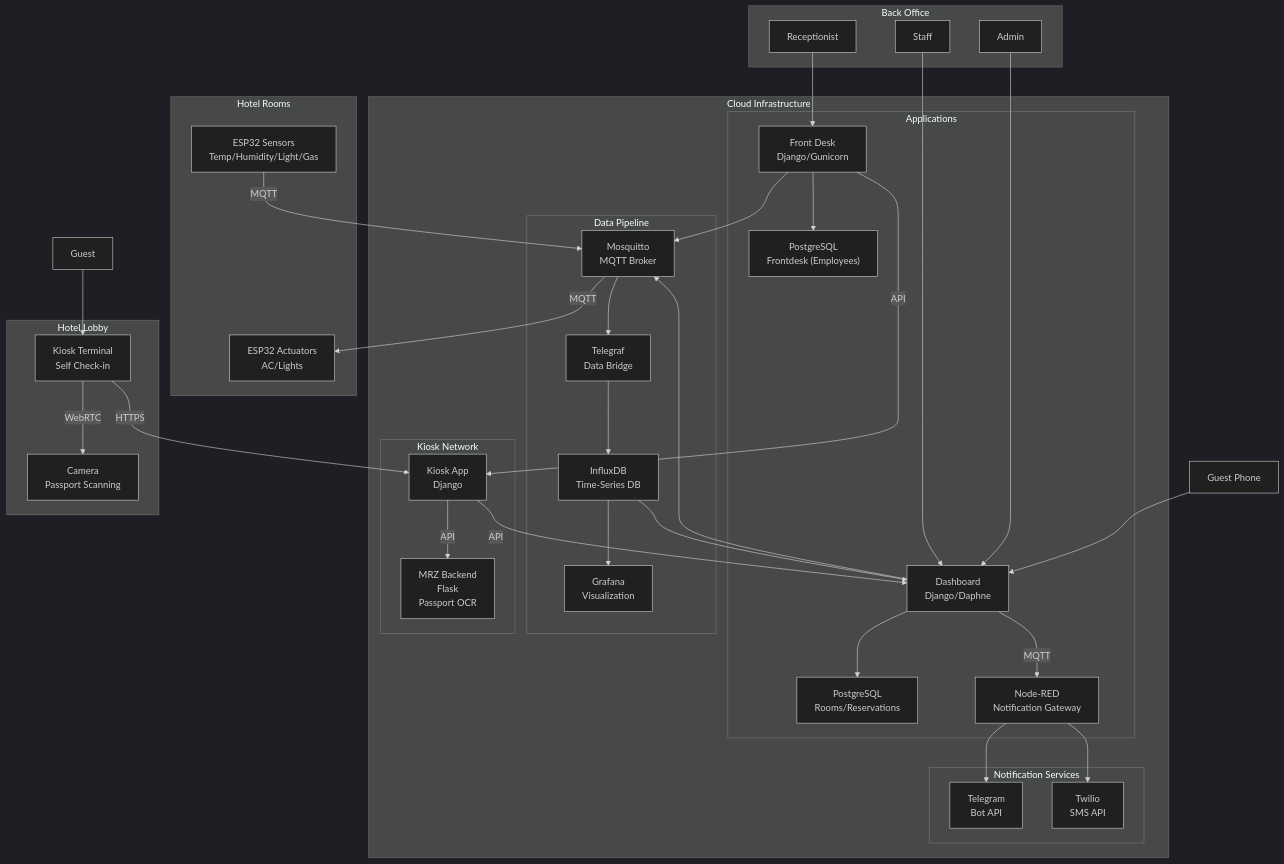
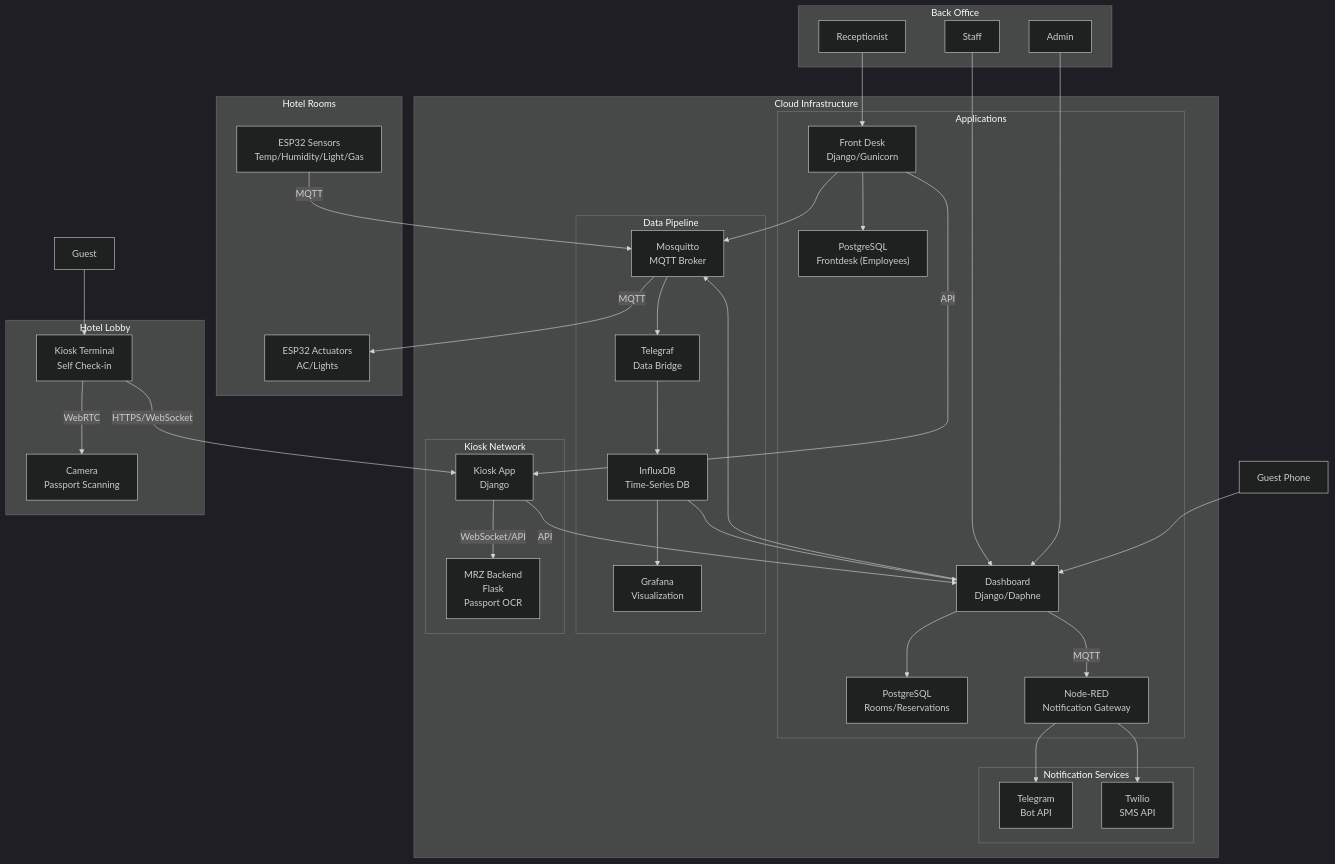
Before and after one commit to omarmx9/smart-hotel: the diagram in README.md, drawn with Mermaid (dark theme). The commit also changed other lines of this file and 22 other files, not shown here.

````diff
--- a/README.md
+++ b/README.md
@@ -48,73 +48,73 @@
 ```mermaid
 flowchart TB
     subgraph HOTEL_ROOMS["Hotel Rooms"]
         ESP32_SENSORS["ESP32 Sensors<br/>Temp/Humidity/Light/Gas"]
         ESP32_ACTUATORS["ESP32 Actuators<br/>AC/Lights"]
     end
 
     subgraph CLOUD["Cloud Infrastructure"]
         subgraph APPLICATIONS["Applications"]
             DASHBOARD["Dashboard<br/>Django/Daphne"]
             FRONTDESK["Front Desk<br/>Django/Gunicorn"]
             POSTGRES["PostgreSQL<br/>Rooms/Reservations"]
             POSTGRES_FD["PostgreSQL<br/>Frontdesk (Employees)"]
             NODERED["Node-RED<br/>Notification Gateway"]
         end
 
         subgraph NOTIFICATIONS["Notification Services"]
             TELEGRAM["Telegram<br/>Bot API"]
             TWILIO["Twilio<br/>SMS API"]
         end
 
         subgraph DATA_PIPELINE["Data Pipeline"]
             MOSQUITTO["Mosquitto<br/>MQTT Broker"]
             TELEGRAF["Telegraf<br/>Data Bridge"]
             INFLUXDB["InfluxDB<br/>Time-Series DB"]
             GRAFANA["Grafana<br/>Visualization"]
         end
         
         subgraph KIOSK_NETWORK["Kiosk Network"]
             KIOSK_APP["Kiosk App<br/>Django"]
             MRZ_BACKEND["MRZ Backend<br/>Flask<br/>Passport OCR"]
         end
     end
 
     subgraph BACK_OFFICE["Back Office"]
         STAFF["Staff"]
         Admin["Admin"]
         RECEPTIONIST["Receptionist"]
     end
 
     subgraph HOTEL_LOBBY["Hotel Lobby"]
         KIOSK["Kiosk Terminal<br/>Self Check-in"]
         CAMERA["Camera<br/>Passport Scanning"]
     end
 
     ESP32_SENSORS -->|MQTT| MOSQUITTO
     MOSQUITTO -->|MQTT| ESP32_ACTUATORS
     MOSQUITTO --> TELEGRAF
     TELEGRAF --> INFLUXDB
     INFLUXDB --> GRAFANA
     INFLUXDB --> DASHBOARD
     DASHBOARD --> POSTGRES
     DASHBOARD -->|MQTT| NODERED
     DASHBOARD --> MOSQUITTO
     
     FRONTDESK --> POSTGRES_FD
     FRONTDESK -->|API| KIOSK_APP
     FRONTDESK --> MOSQUITTO
     
     NODERED --> TELEGRAM
     NODERED --> TWILIO
     
     KIOSK -->|WebRTC| CAMERA
-    KIOSK -->|HTTPS| KIOSK_APP
-    KIOSK_APP -->|API| MRZ_BACKEND
+    KIOSK -->|HTTPS/WebSocket| KIOSK_APP
+    KIOSK_APP -->|WebSocket/API| MRZ_BACKEND
     KIOSK_APP -->|API| DASHBOARD
     
     STAFF --> DASHBOARD
     Admin --> DASHBOARD
     RECEPTIONIST --> FRONTDESK
     GUEST["Guest"] --> KIOSK
     GUEST_PHONE["Guest Phone"] --> DASHBOARD
 ```
````
